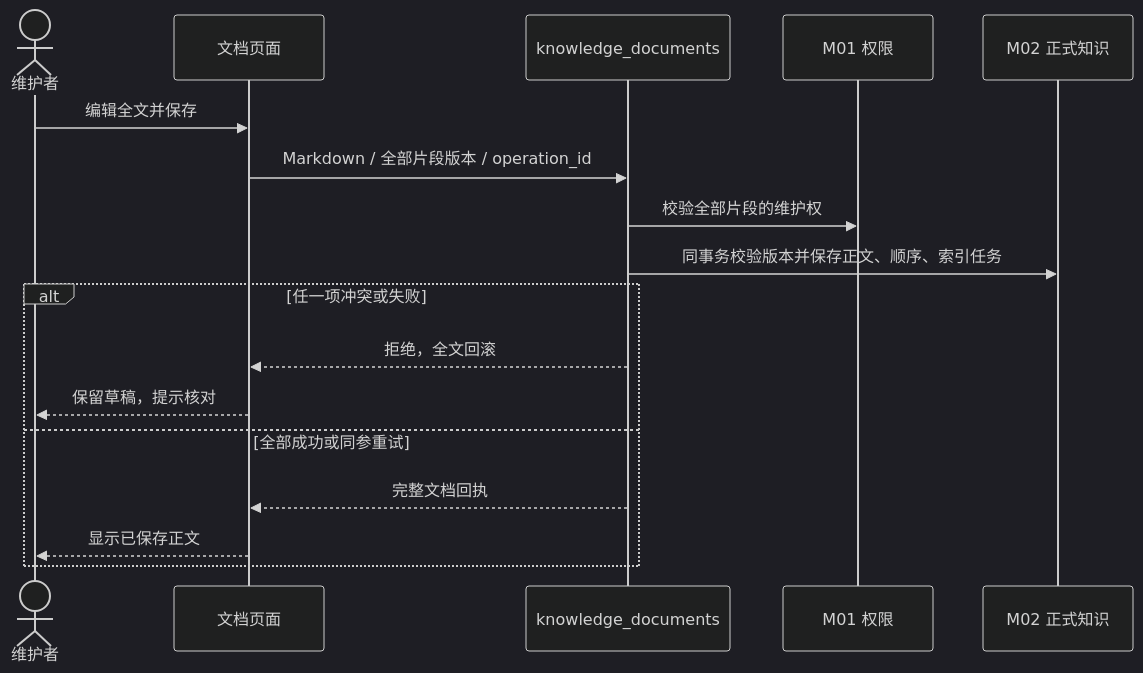
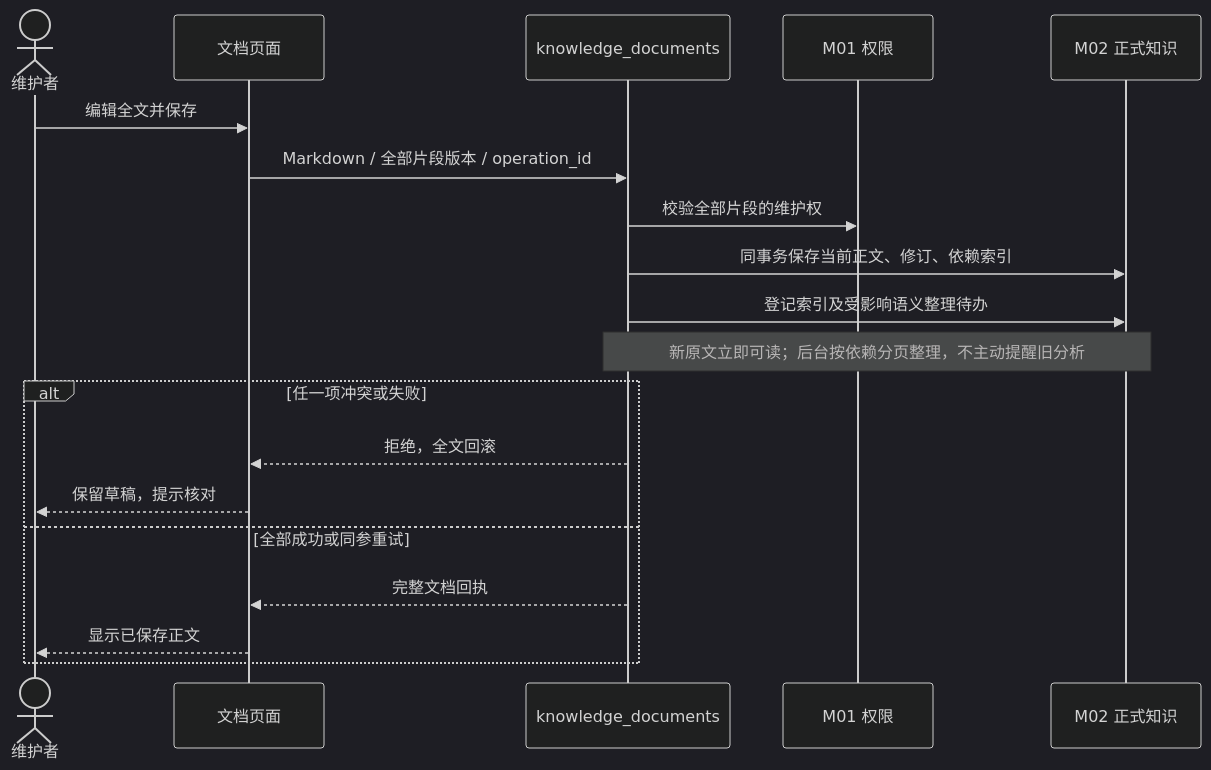
Before and after one commit to yaoziyaoguai/data_agent: the tenth of 12 diagrams in docs/architecture/implementation-views.md, drawn with Mermaid (dark theme). The commit also changed other lines of this file and 55 other files, not shown here.

````diff
--- a/docs/architecture/implementation-views.md
+++ b/docs/architecture/implementation-views.md
@@ -354,19 +370,21 @@
 ```mermaid
 sequenceDiagram
   actor U as 维护者
   participant W as 文档页面
   participant C as knowledge_documents
   participant A as M01 权限
   participant K as M02 正式知识
   U->>W: 编辑全文并保存
   W->>C: Markdown / 全部片段版本 / operation_id
   C->>A: 校验全部片段的维护权
-  C->>K: 同事务校验版本并保存正文、顺序、索引任务
+  C->>K: 同事务保存当前正文、修订、依赖索引
+  C->>K: 登记索引及受影响语义整理待办
+  Note over C,K: 新原文立即可读；后台按依赖分页整理，不主动提醒旧分析
   alt 任一项冲突或失败
     C-->>W: 拒绝，全文回滚
     W-->>U: 保留草稿，提示核对
   else 全部成功或同参重试
     C-->>W: 完整文档回执
     W-->>U: 显示已保存正文
   end
 ```
````
